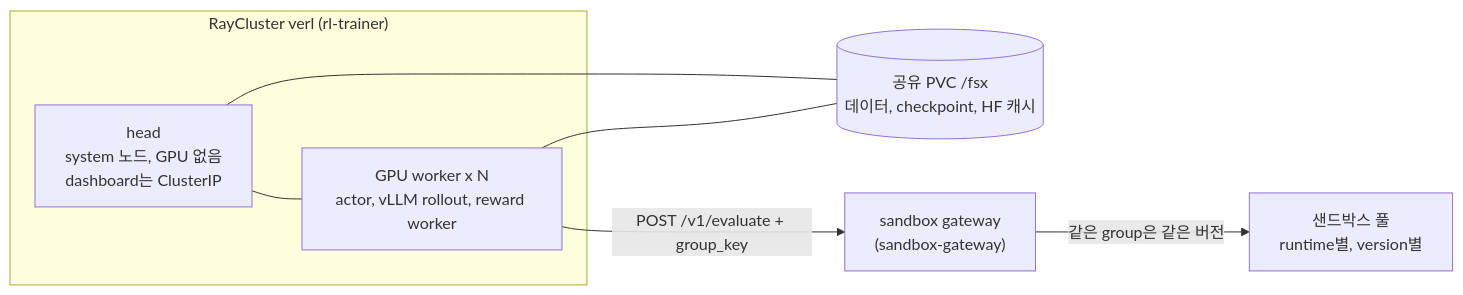
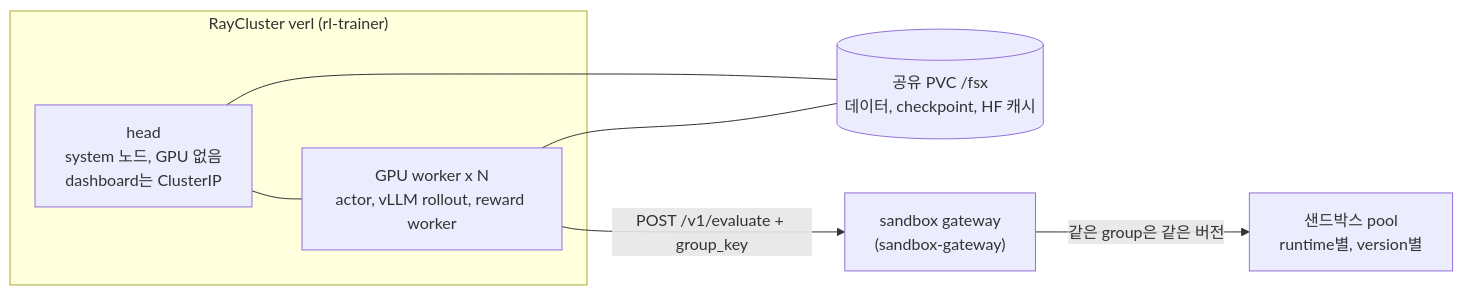
The diagram in docs/production/06_scaling_with_verl.md (daekeun-ml/gpu-sandbox-on-aws), drawn with Mermaid before and after one commit. The commit also changed other lines of this file and 112 other files, not shown here.

````diff
--- a/docs/production/06_scaling_with_verl.md
+++ b/docs/production/06_scaling_with_verl.md
@@ -56,14 +58,14 @@
 ```mermaid
 flowchart LR
     subgraph RC["RayCluster verl (rl-trainer)"]
         H["head<br/>system 노드, GPU 없음<br/>dashboard는 ClusterIP"]
         W["GPU worker x N<br/>actor, vLLM rollout, reward worker"]
     end
     FSX[("공유 PVC /fsx<br/>데이터, checkpoint, HF 캐시")]
     GW["sandbox gateway<br/>(sandbox-gateway)"]
-    SB["샌드박스 풀<br/>runtime별, version별"]
+    SB["샌드박스 pool<br/>runtime별, version별"]
     H --- W
     W -->|"POST /v1/evaluate + group_key"| GW
     GW -->|"같은 group은 같은 버전"| SB
     H & W --- FSX
 ```
````
